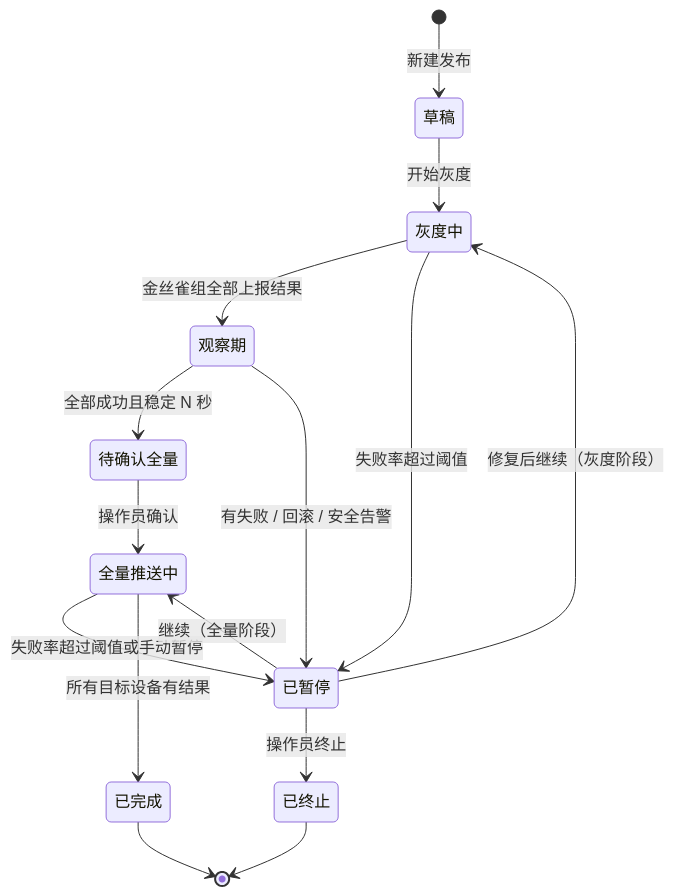
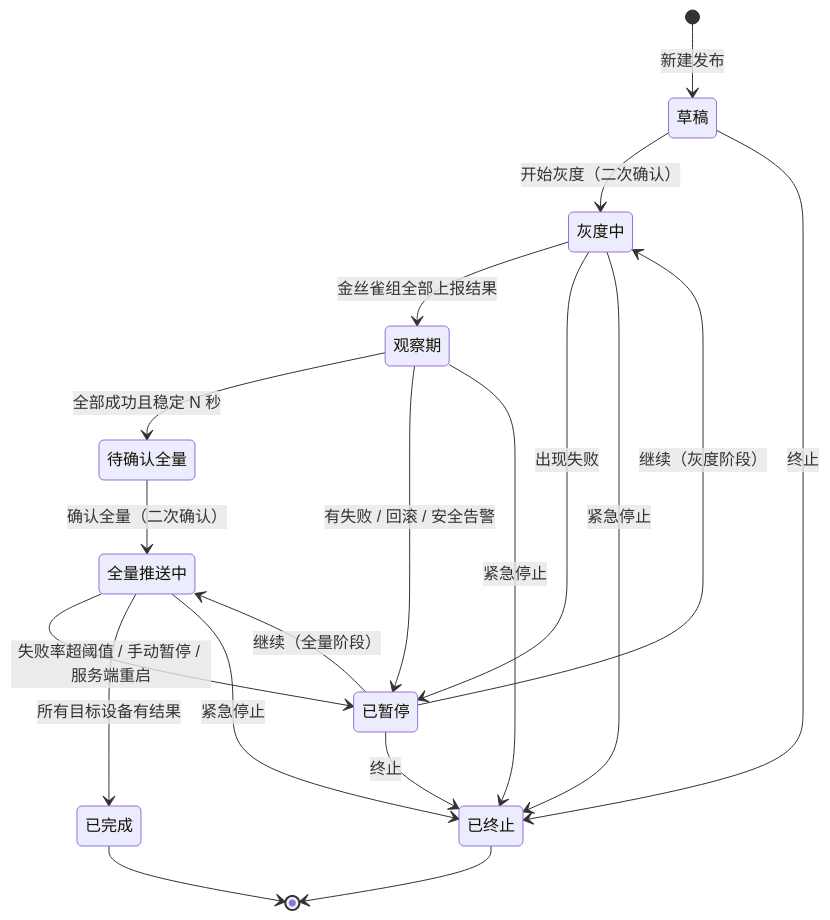
The fifth of 11 diagrams in docs/系统设计说明书.md (ahu-iii/firmware-distribution-system), drawn with Mermaid before and after one commit. The commit also changed other lines of this file and 54 other files, not shown here.

````diff
--- a/docs/系统设计说明书.md
+++ b/docs/系统设计说明书.md
@@ -401,17 +217,21 @@
 ```mermaid
 stateDiagram-v2
     [*] --> 草稿: 新建发布
-    草稿 --> 灰度中: 开始灰度
+    草稿 --> 灰度中: 开始灰度（二次确认）
     灰度中 --> 观察期: 金丝雀组全部上报结果
     观察期 --> 待确认全量: 全部成功且稳定 N 秒
     观察期 --> 已暂停: 有失败 / 回滚 / 安全告警
-    灰度中 --> 已暂停: 失败率超过阈值
-    待确认全量 --> 全量推送中: 操作员确认
-    全量推送中 --> 已暂停: 失败率超过阈值或手动暂停
-    已暂停 --> 灰度中: 修复后继续（灰度阶段）
+    灰度中 --> 已暂停: 出现失败
+    待确认全量 --> 全量推送中: 确认全量（二次确认）
+    全量推送中 --> 已暂停: 失败率超阈值 / 手动暂停 / 服务端重启
+    已暂停 --> 灰度中: 继续（灰度阶段）
     已暂停 --> 全量推送中: 继续（全量阶段）
-    已暂停 --> 已终止: 操作员终止
     全量推送中 --> 已完成: 所有目标设备有结果
+    草稿 --> 已终止: 终止
+    灰度中 --> 已终止: 紧急停止
+    观察期 --> 已终止: 紧急停止
+    全量推送中 --> 已终止: 紧急停止
+    已暂停 --> 已终止: 终止
     已完成 --> [*]
     已终止 --> [*]
 ```
````
